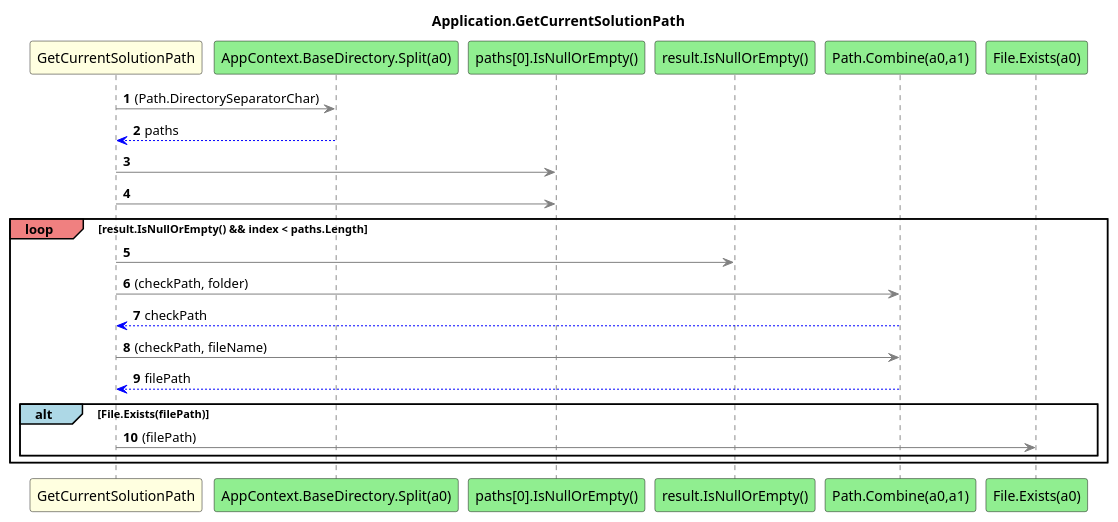
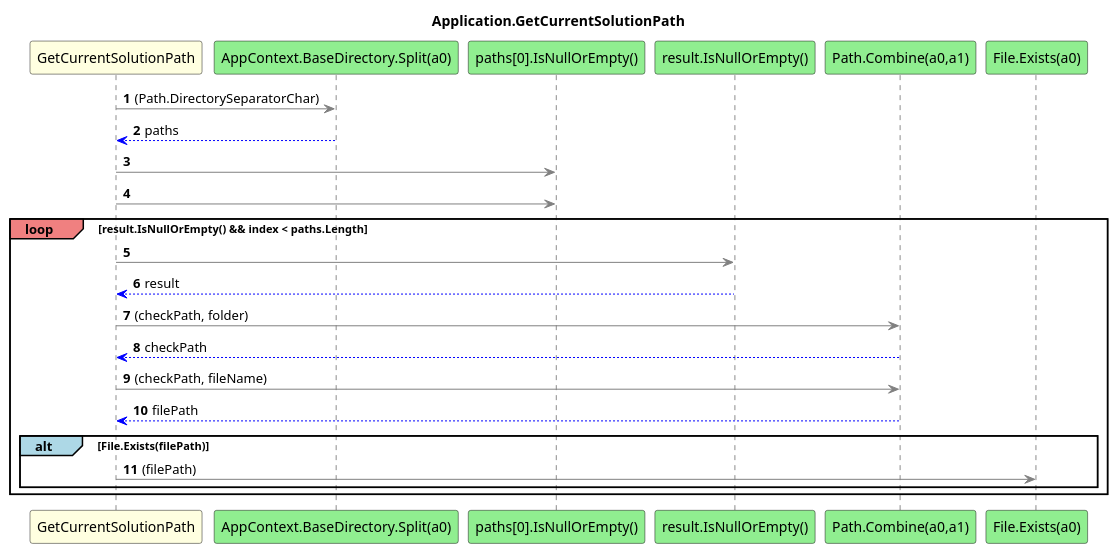
The diagram in CommonTool/diagrams/sq_Application_GetCurrentSolutionPath.puml (leoggehrer/CommonTool), drawn with PlantUML before and after one commit. The commit also changed 160 other files, not shown here.

Commit message:
Generated diagrams.

```diff
--- a/CommonTool/diagrams/sq_Application_GetCurrentSolutionPath.puml
+++ b/CommonTool/diagrams/sq_Application_GetCurrentSolutionPath.puml
@@ -1,24 +1,25 @@
 @startuml Application.GetCurrentSolutionPath
 title Application.GetCurrentSolutionPath
 participant "GetCurrentSolutionPath" as GetCurrentSolutionPath #LightYellow
 participant "AppContext.BaseDirectory.Split(a0)" as AppContext_BaseDirectory_Split_a0 #LightGreen
 participant "paths[0].IsNullOrEmpty()" as paths_0_IsNullOrEmpty #LightGreen
 participant "result.IsNullOrEmpty()" as result_IsNullOrEmpty #LightGreen
 participant "Path.Combine(a0,a1)" as Path_Combine_a0_a1 #LightGreen
 participant "File.Exists(a0)" as File_Exists_a0 #LightGreen
 autonumber
 GetCurrentSolutionPath -[#grey]> AppContext_BaseDirectory_Split_a0 : (Path.DirectorySeparatorChar)
 AppContext_BaseDirectory_Split_a0 -[#blue]-> GetCurrentSolutionPath : paths
 GetCurrentSolutionPath -[#grey]> paths_0_IsNullOrEmpty
 GetCurrentSolutionPath -[#grey]> paths_0_IsNullOrEmpty
 loop#LightCoral result.IsNullOrEmpty() && index < paths.Length
     GetCurrentSolutionPath -[#grey]> result_IsNullOrEmpty
+    result_IsNullOrEmpty -[#blue]-> GetCurrentSolutionPath : result
     GetCurrentSolutionPath -[#grey]> Path_Combine_a0_a1 : (checkPath, folder)
     Path_Combine_a0_a1 -[#blue]-> GetCurrentSolutionPath : checkPath
     GetCurrentSolutionPath -[#grey]> Path_Combine_a0_a1 : (checkPath, fileName)
     Path_Combine_a0_a1 -[#blue]-> GetCurrentSolutionPath : filePath
     alt#LightBlue File.Exists(filePath)
         GetCurrentSolutionPath -[#grey]> File_Exists_a0 : (filePath)
     end
 end
 @enduml
```
